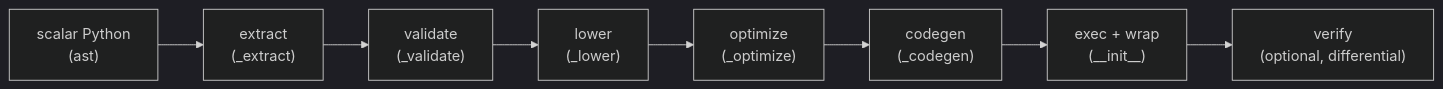
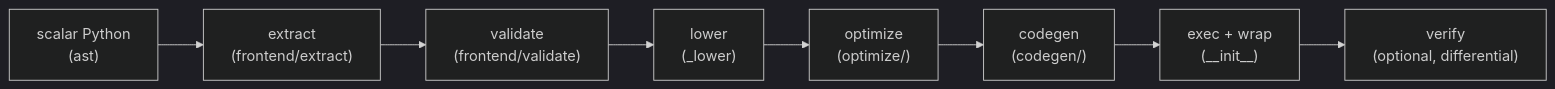
Before and after one commit to grAItools/array-vectorize: the diagram in docs/architecture.md, drawn with Mermaid (dark theme). The commit also changed 26 other files, not shown here.

````diff
--- a/docs/architecture.md
+++ b/docs/architecture.md
@@ -6,10 +6,10 @@
 ```mermaid
 flowchart LR
-    A["scalar Python\n(ast)"] --> B["extract\n(_extract)"]
-    B --> C["validate\n(_validate)"]
+    A["scalar Python\n(ast)"] --> B["extract\n(frontend/extract)"]
+    B --> C["validate\n(frontend/validate)"]
     C --> D["lower\n(_lower)"]
-    D --> E["optimize\n(_optimize)"]
-    E --> F["codegen\n(_codegen)"]
+    D --> E["optimize\n(optimize/)"]
+    E --> F["codegen\n(codegen/)"]
     F --> G["exec + wrap\n(__init__)"]
     G --> H["verify\n(optional, differential)"]
 ```
````
